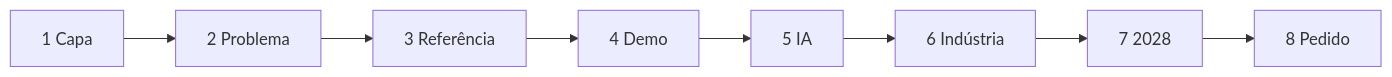
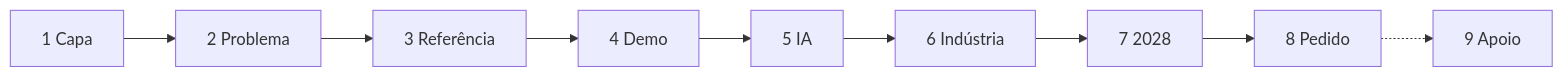
Before and after one commit to helderpgoncalves/novelo: the diagram in docs/projeto/pitch-slides.md, drawn with Mermaid. The commit also changed other lines of this file and 2 other files, not shown here.

````diff
--- a/docs/projeto/pitch-slides.md
+++ b/docs/projeto/pitch-slides.md
@@ -18,10 +18,11 @@
 ```mermaid
 flowchart LR
     S1[1 Capa] --> S2[2 Problema]
     S2 --> S3[3 Referência]
     S3 --> S4[4 Demo]
     S4 --> S5[5 IA]
     S5 --> S6[6 Indústria]
     S6 --> S7[7 2028]
     S7 --> S8[8 Pedido]
+    S8 -.-> S9[9 Apoio]
 ```
````
